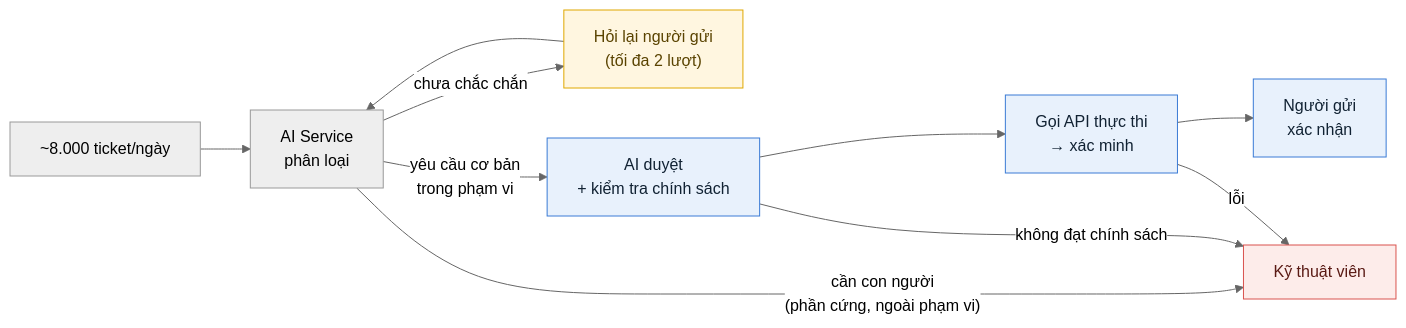
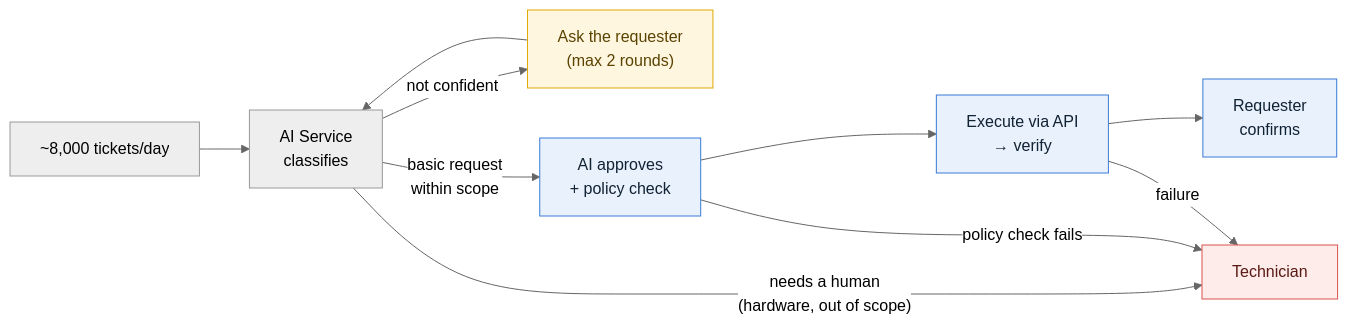
Before and after one commit to Akaza-ban/Fable: the first of 2 diagrams in README.md, drawn with Mermaid (neutral theme). The commit also changed other lines of this file and 7 other files, not shown here.

````diff
--- a/README.md
+++ b/README.md
@@ -17,19 +17,19 @@
 ```mermaid
 flowchart LR
-    t["~8.000 ticket/ngày"] --> ai["AI Service<br/>phân loại"]
-    ai -- "chưa chắc chắn" --> ask["Hỏi lại người gửi<br/>(tối đa 2 lượt)"]
+    t["~8,000 tickets/day"] --> ai["AI Service<br/>classifies"]
+    ai -- "not confident" --> ask["Ask the requester<br/>(max 2 rounds)"]
     ask --> ai
-    ai -- "yêu cầu cơ bản<br/>trong phạm vi" --> approve["AI duyệt<br/>+ kiểm tra chính sách"]
-    approve --> api["Gọi API thực thi<br/>→ xác minh"]
-    api --> confirm["Người gửi<br/>xác nhận"]
-    ai -- "cần con người<br/>(phần cứng, ngoài phạm vi)" --> tech["Kỹ thuật viên"]
-    approve -- "không đạt chính sách" --> tech
-    api -- "lỗi" --> tech
+    ai -- "basic request<br/>within scope" --> approve["AI approves<br/>+ policy check"]
+    approve --> api["Execute via API<br/>→ verify"]
+    api --> confirm["Requester<br/>confirms"]
+    ai -- "needs a human<br/>(hardware, out of scope)" --> tech["Technician"]
+    approve -- "policy check fails" --> tech
+    api -- "failure" --> tech
 
     classDef auto fill:#e8f1fc,color:#123,stroke:#3a7bd5
     classDef human fill:#fdecea,color:#5a1a14,stroke:#d9534f
     classDef askc fill:#fff6e0,color:#5a4300,stroke:#e0a800
     class approve,api,confirm auto
     class tech human
     class ask askc
 ```
````
